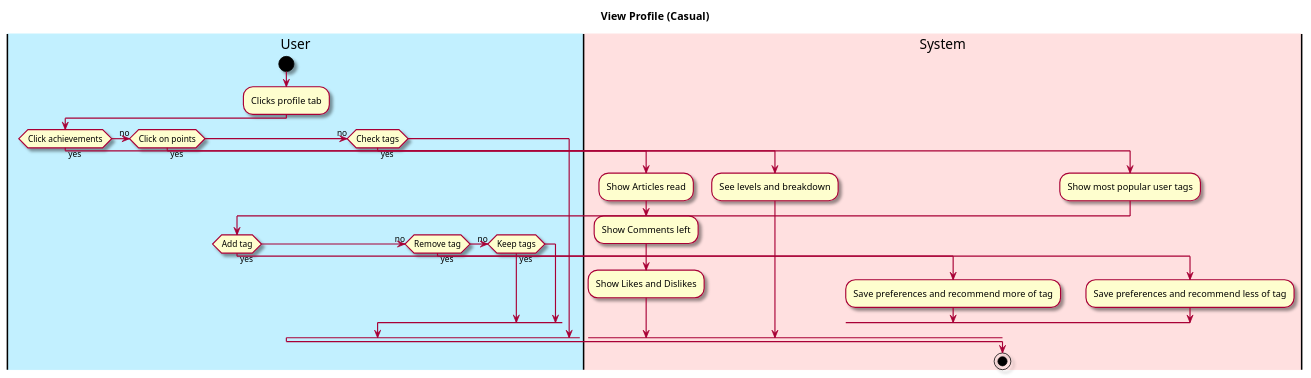
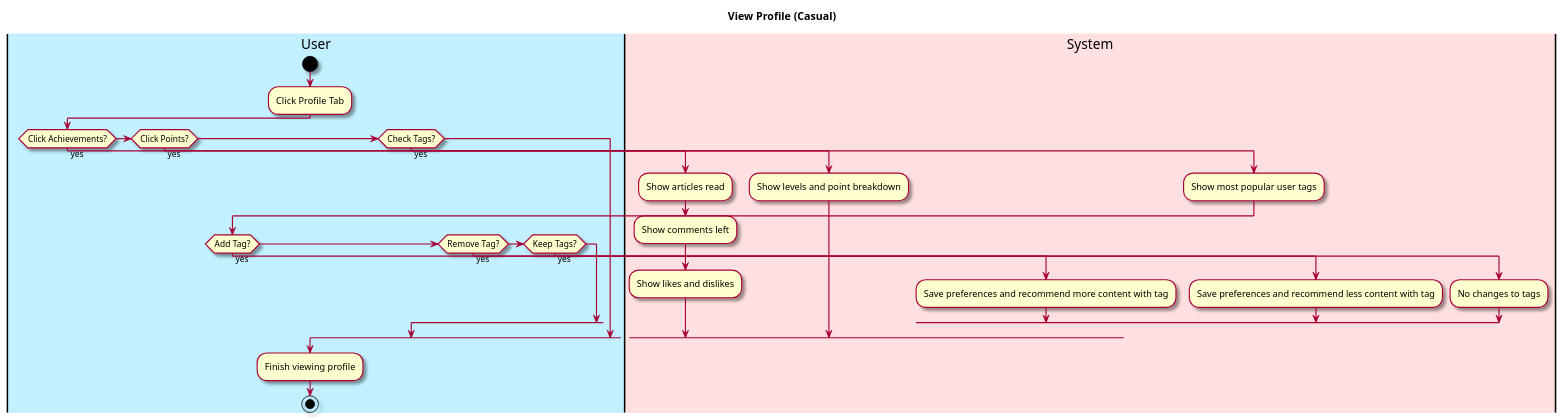
The diagram in intellij/doc/Functional Specification/view-profile.md (owhitleym-ui/EcoScoop), drawn with PlantUML before and after one commit. The commit also changed 2 other files, not shown here.

Commit message:
Finished updating rest of use cases

````diff
--- a/intellij/doc/Functional Specification/view-profile.md
+++ b/intellij/doc/Functional Specification/view-profile.md
@@ -22,40 +22,47 @@
 ```plantuml
 @startuml
 
 skin rose
 
 title View Profile (Casual)
 
 'define the lanes
 |#application|User|
 |#implementation|System|
 
 |User|
 start
-:Clicks profile tab;
+:Click Profile Tab;
 
-if (Click achievements) then (yes)
+if (Click Achievements?) then (yes)
     |System|
-    :Show Articles read;
-    :Show Comments left;
-    :Show Likes and Dislikes;
-    
-(no) elseif (Click on points) then (yes)
+    :Show articles read;
+    :Show comments left;
+    :Show likes and dislikes;
+
+elseif (Click Points?) then (yes)
     |System|
-    :See levels and breakdown;
-(no) elseif  (Check tags) then (yes)
-:Show most popular user tags;
+    :Show levels and point breakdown;
+
+elseif (Check Tags?) then (yes)
+    |System|
+    :Show most popular user tags;
     |User|
-    if (Add tag) then (yes)
+    if (Add Tag?) then (yes)
         |System|
-        :Save preferences and recommend more of tag;
-    (no) elseif (Remove tag) then (yes)
+        :Save preferences and recommend more content with tag;
+    elseif (Remove Tag?) then (yes)
         |System|
-        :Save preferences and recommend less of tag;
-    (no)elseif (Keep tags) then (yes)
+        :Save preferences and recommend less content with tag;
+    elseif (Keep Tags?) then (yes)
+        |System|
+        :No changes to tags;
     endif
+endif
 
-endif
+|User|
+:Finish viewing profile;
+
 stop
 @enduml
 ```
````
